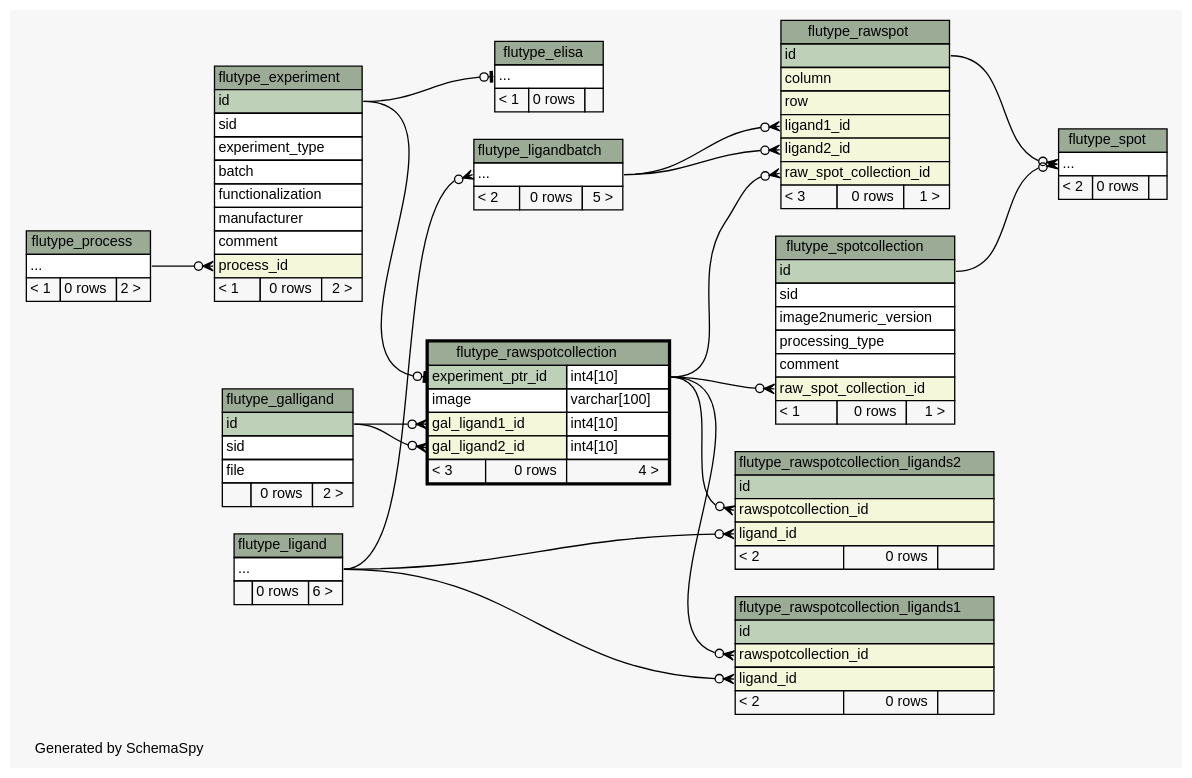
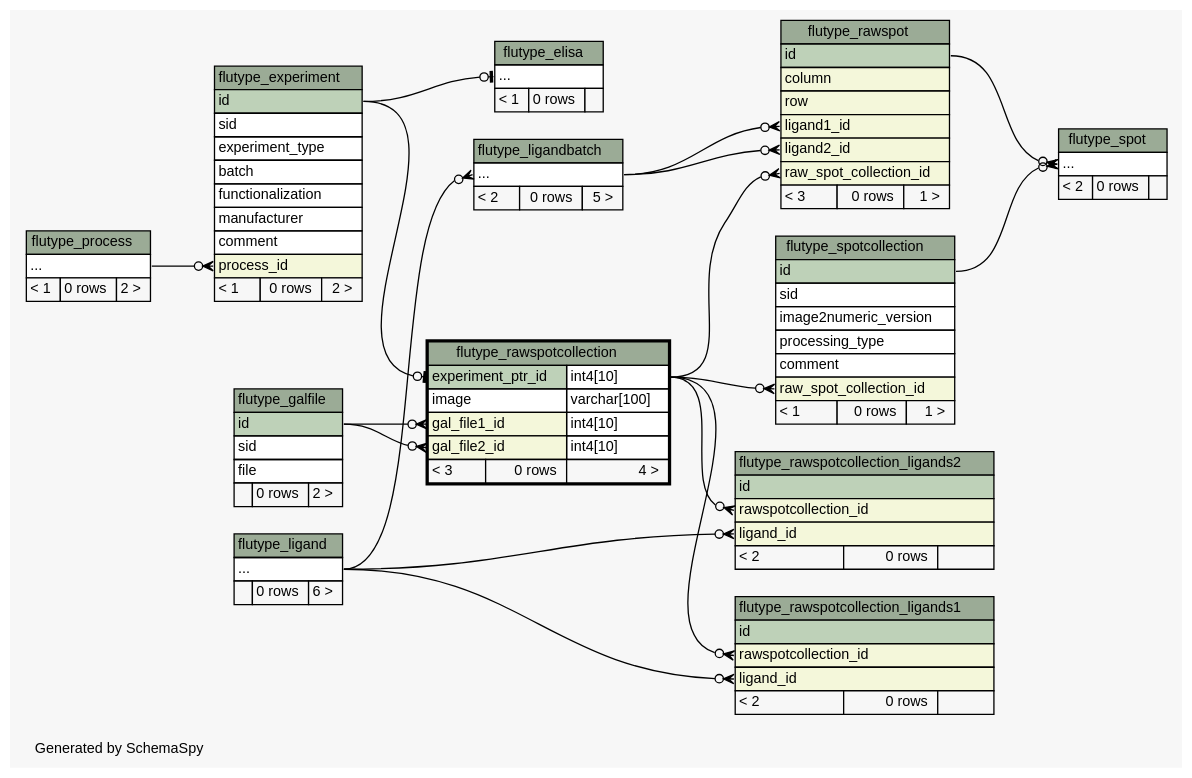
One commit to janekg89/flutype_webapp changed the diagram in docs/schema/diagrams/flutype_rawspotcollection.2degrees.dot. Above: the diagram before and after it, drawn with Graphviz. The commit also changed 127 other files, not shown here.

Commit message:
latest schema generated

```diff
--- a/docs/schema/diagrams/flutype_rawspotcollection.2degrees.dot
+++ b/docs/schema/diagrams/flutype_rawspotcollection.2degrees.dot
@@ -1,184 +1,184 @@
 // dot 2.38.0 on Linux 4.4.0-89-generic
 // SchemaSpy rev 590
 digraph "twoDegreesRelationshipsDiagram" {
   graph [
     rankdir="RL"
     bgcolor="#f7f7f7"
     label="\nGenerated by SchemaSpy"
     labeljust="l"
     nodesep="0.18"
     ranksep="0.46"
     fontname="Helvetica"
     fontsize="11"
   ];
   node [
     fontname="Helvetica"
     fontsize="11"
     shape="plaintext"
   ];
   edge [
     arrowsize="0.8"
   ];
   "flutype_elisa":"elipses":w -> "flutype_experiment":"id":e [arrowhead=none dir=back arrowtail=teeodot];
   "flutype_experiment":"process_id":w -> "flutype_process":"elipses":e [arrowhead=none dir=back arrowtail=crowodot];
   "flutype_ligandbatch":"elipses":w -> "flutype_ligand":"elipses":e [arrowhead=none dir=back arrowtail=crowodot];
   "flutype_rawspot":"ligand1_id":w -> "flutype_ligandbatch":"elipses":e [arrowhead=none dir=back arrowtail=crowodot];
   "flutype_rawspot":"ligand2_id":w -> "flutype_ligandbatch":"elipses":e [arrowhead=none dir=back arrowtail=crowodot];
   "flutype_rawspot":"raw_spot_collection_id":w -> "flutype_rawspotcollection":"experiment_ptr_id.type":e [arrowhead=none dir=back arrowtail=crowodot];
   "flutype_rawspotcollection":"experiment_ptr_id":w -> "flutype_experiment":"id":e [arrowhead=none dir=back arrowtail=teeodot];
-  "flutype_rawspotcollection":"gal_ligand1_id":w -> "flutype_galligand":"id":e [arrowhead=none dir=back arrowtail=crowodot];
-  "flutype_rawspotcollection":"gal_ligand2_id":w -> "flutype_galligand":"id":e [arrowhead=none dir=back arrowtail=crowodot];
+  "flutype_rawspotcollection":"gal_file1_id":w -> "flutype_galfile":"id":e [arrowhead=none dir=back arrowtail=crowodot];
+  "flutype_rawspotcollection":"gal_file2_id":w -> "flutype_galfile":"id":e [arrowhead=none dir=back arrowtail=crowodot];
   "flutype_rawspotcollection_ligands1":"ligand_id":w -> "flutype_ligand":"elipses":e [arrowhead=none dir=back arrowtail=crowodot];
   "flutype_rawspotcollection_ligands1":"rawspotcollection_id":w -> "flutype_rawspotcollection":"experiment_ptr_id.type":e [arrowhead=none dir=back arrowtail=crowodot];
   "flutype_rawspotcollection_ligands2":"ligand_id":w -> "flutype_ligand":"elipses":e [arrowhead=none dir=back arrowtail=crowodot];
   "flutype_rawspotcollection_ligands2":"rawspotcollection_id":w -> "flutype_rawspotcollection":"experiment_ptr_id.type":e [arrowhead=none dir=back arrowtail=crowodot];
   "flutype_spot":"elipses":w -> "flutype_rawspot":"id":e [arrowhead=none dir=back arrowtail=crowodot];
   "flutype_spot":"elipses":w -> "flutype_spotcollection":"id":e [arrowhead=none dir=back arrowtail=crowodot];
   "flutype_spotcollection":"raw_spot_collection_id":w -> "flutype_rawspotcollection":"experiment_ptr_id.type":e [arrowhead=none dir=back arrowtail=crowodot];
   "flutype_elisa" [
     label=<
     <TABLE BORDER="0" CELLBORDER="1" CELLSPACING="0" BGCOLOR="#ffffff">
       <TR><TD COLSPAN="3" BGCOLOR="#9bab96" ALIGN="CENTER">flutype_elisa</TD></TR>
       <TR><TD PORT="elipses" COLSPAN="3" ALIGN="LEFT">...</TD></TR>
       <TR><TD ALIGN="LEFT" BGCOLOR="#f7f7f7">&lt; 1</TD><TD ALIGN="RIGHT" BGCOLOR="#f7f7f7">0 rows</TD><TD ALIGN="RIGHT" BGCOLOR="#f7f7f7">  </TD></TR>
     </TABLE>>
     URL="flutype_elisa.html"
     tooltip="flutype_elisa"
   ];
   "flutype_experiment" [
     label=<
     <TABLE BORDER="0" CELLBORDER="1" CELLSPACING="0" BGCOLOR="#ffffff">
       <TR><TD COLSPAN="3" BGCOLOR="#9bab96" ALIGN="CENTER">flutype_experiment</TD></TR>
       <TR><TD PORT="id" COLSPAN="3" BGCOLOR="#bed1b8" ALIGN="LEFT">id</TD></TR>
       <TR><TD PORT="sid" COLSPAN="3" ALIGN="LEFT">sid</TD></TR>
       <TR><TD PORT="experiment_type" COLSPAN="3" ALIGN="LEFT">experiment_type</TD></TR>
       <TR><TD PORT="batch" COLSPAN="3" ALIGN="LEFT">batch</TD></TR>
       <TR><TD PORT="functionalization" COLSPAN="3" ALIGN="LEFT">functionalization</TD></TR>
       <TR><TD PORT="manufacturer" COLSPAN="3" ALIGN="LEFT">manufacturer</TD></TR>
       <TR><TD PORT="comment" COLSPAN="3" ALIGN="LEFT">comment</TD></TR>
       <TR><TD PORT="process_id" COLSPAN="3" BGCOLOR="#f4f7da" ALIGN="LEFT">process_id</TD></TR>
       <TR><TD ALIGN="LEFT" BGCOLOR="#f7f7f7">&lt; 1</TD><TD ALIGN="RIGHT" BGCOLOR="#f7f7f7">0 rows</TD><TD ALIGN="RIGHT" BGCOLOR="#f7f7f7">2 &gt;</TD></TR>
     </TABLE>>
     URL="flutype_experiment.html"
     tooltip="flutype_experiment"
   ];
-  "flutype_galligand" [
+  "flutype_galfile" [
     label=<
     <TABLE BORDER="0" CELLBORDER="1" CELLSPACING="0" BGCOLOR="#ffffff">
-      <TR><TD COLSPAN="3" BGCOLOR="#9bab96" ALIGN="CENTER">flutype_galligand</TD></TR>
+      <TR><TD COLSPAN="3" BGCOLOR="#9bab96" ALIGN="CENTER">flutype_galfile</TD></TR>
       <TR><TD PORT="id" COLSPAN="3" BGCOLOR="#bed1b8" ALIGN="LEFT">id</TD></TR>
       <TR><TD PORT="sid" COLSPAN="3" ALIGN="LEFT">sid</TD></TR>
       <TR><TD PORT="file" COLSPAN="3" ALIGN="LEFT">file</TD></TR>
       <TR><TD ALIGN="LEFT" BGCOLOR="#f7f7f7">  </TD><TD ALIGN="RIGHT" BGCOLOR="#f7f7f7">0 rows</TD><TD ALIGN="RIGHT" BGCOLOR="#f7f7f7">2 &gt;</TD></TR>
     </TABLE>>
-    URL="flutype_galligand.html"
-    tooltip="flutype_galligand"
+    URL="flutype_galfile.html"
+    tooltip="flutype_galfile"
   ];
   "flutype_ligand" [
     label=<
     <TABLE BORDER="0" CELLBORDER="1" CELLSPACING="0" BGCOLOR="#ffffff">
       <TR><TD COLSPAN="3" BGCOLOR="#9bab96" ALIGN="CENTER">flutype_ligand</TD></TR>
       <TR><TD PORT="elipses" COLSPAN="3" ALIGN="LEFT">...</TD></TR>
       <TR><TD ALIGN="LEFT" BGCOLOR="#f7f7f7">  </TD><TD ALIGN="RIGHT" BGCOLOR="#f7f7f7">0 rows</TD><TD ALIGN="RIGHT" BGCOLOR="#f7f7f7">6 &gt;</TD></TR>
     </TABLE>>
     URL="flutype_ligand.html"
     tooltip="flutype_ligand"
   ];
   "flutype_ligandbatch" [
     label=<
     <TABLE BORDER="0" CELLBORDER="1" CELLSPACING="0" BGCOLOR="#ffffff">
       <TR><TD COLSPAN="3" BGCOLOR="#9bab96" ALIGN="CENTER">flutype_ligandbatch</TD></TR>
       <TR><TD PORT="elipses" COLSPAN="3" ALIGN="LEFT">...</TD></TR>
       <TR><TD ALIGN="LEFT" BGCOLOR="#f7f7f7">&lt; 2</TD><TD ALIGN="RIGHT" BGCOLOR="#f7f7f7">0 rows</TD><TD ALIGN="RIGHT" BGCOLOR="#f7f7f7">5 &gt;</TD></TR>
     </TABLE>>
     URL="flutype_ligandbatch.html"
     tooltip="flutype_ligandbatch"
   ];
   "flutype_process" [
     label=<
     <TABLE BORDER="0" CELLBORDER="1" CELLSPACING="0" BGCOLOR="#ffffff">
       <TR><TD COLSPAN="3" BGCOLOR="#9bab96" ALIGN="CENTER">flutype_process</TD></TR>
       <TR><TD PORT="elipses" COLSPAN="3" ALIGN="LEFT">...</TD></TR>
       <TR><TD ALIGN="LEFT" BGCOLOR="#f7f7f7">&lt; 1</TD><TD ALIGN="RIGHT" BGCOLOR="#f7f7f7">0 rows</TD><TD ALIGN="RIGHT" BGCOLOR="#f7f7f7">2 &gt;</TD></TR>
     </TABLE>>
     URL="flutype_process.html"
     tooltip="flutype_process"
   ];
   "flutype_rawspot" [
     label=<
     <TABLE BORDER="0" CELLBORDER="1" CELLSPACING="0" BGCOLOR="#ffffff">
       <TR><TD COLSPAN="3" BGCOLOR="#9bab96" ALIGN="CENTER">flutype_rawspot</TD></TR>
       <TR><TD PORT="id" COLSPAN="3" BGCOLOR="#bed1b8" ALIGN="LEFT">id</TD></TR>
       <TR><TD PORT="column" COLSPAN="3" BGCOLOR="#f4f7da" ALIGN="LEFT">column</TD></TR>
       <TR><TD PORT="row" COLSPAN="3" BGCOLOR="#f4f7da" ALIGN="LEFT">row</TD></TR>
       <TR><TD PORT="ligand1_id" COLSPAN="3" BGCOLOR="#f4f7da" ALIGN="LEFT">ligand1_id</TD></TR>
       <TR><TD PORT="ligand2_id" COLSPAN="3" BGCOLOR="#f4f7da" ALIGN="LEFT">ligand2_id</TD></TR>
       <TR><TD PORT="raw_spot_collection_id" COLSPAN="3" BGCOLOR="#f4f7da" ALIGN="LEFT">raw_spot_collection_id</TD></TR>
       <TR><TD ALIGN="LEFT" BGCOLOR="#f7f7f7">&lt; 3</TD><TD ALIGN="RIGHT" BGCOLOR="#f7f7f7">0 rows</TD><TD ALIGN="RIGHT" BGCOLOR="#f7f7f7">1 &gt;</TD></TR>
     </TABLE>>
     URL="flutype_rawspot.html"
     tooltip="flutype_rawspot"
   ];
   "flutype_rawspotcollection" [
     label=<
     <TABLE BORDER="2" CELLBORDER="1" CELLSPACING="0" BGCOLOR="#ffffff">
       <TR><TD COLSPAN="3" BGCOLOR="#9bab96" ALIGN="CENTER">flutype_rawspotcollection</TD></TR>
       <TR><TD PORT="experiment_ptr_id" COLSPAN="2" BGCOLOR="#bed1b8" ALIGN="LEFT">experiment_ptr_id</TD><TD PORT="experiment_ptr_id.type" ALIGN="LEFT">int4[10]</TD></TR>
       <TR><TD PORT="image" COLSPAN="2" ALIGN="LEFT">image</TD><TD PORT="image.type" ALIGN="LEFT">varchar[100]</TD></TR>
-      <TR><TD PORT="gal_ligand1_id" COLSPAN="2" BGCOLOR="#f4f7da" ALIGN="LEFT">gal_ligand1_id</TD><TD PORT="gal_ligand1_id.type" ALIGN="LEFT">int4[10]</TD></TR>
-      <TR><TD PORT="gal_ligand2_id" COLSPAN="2" BGCOLOR="#f4f7da" ALIGN="LEFT">gal_ligand2_id</TD><TD PORT="gal_ligand2_id.type" ALIGN="LEFT">int4[10]</TD></TR>
+      <TR><TD PORT="gal_file1_id" COLSPAN="2" BGCOLOR="#f4f7da" ALIGN="LEFT">gal_file1_id</TD><TD PORT="gal_file1_id.type" ALIGN="LEFT">int4[10]</TD></TR>
+      <TR><TD PORT="gal_file2_id" COLSPAN="2" BGCOLOR="#f4f7da" ALIGN="LEFT">gal_file2_id</TD><TD PORT="gal_file2_id.type" ALIGN="LEFT">int4[10]</TD></TR>
       <TR><TD ALIGN="LEFT" BGCOLOR="#f7f7f7">&lt; 3</TD><TD ALIGN="RIGHT" BGCOLOR="#f7f7f7">0 rows</TD><TD ALIGN="RIGHT" BGCOLOR="#f7f7f7">4 &gt;</TD></TR>
     </TABLE>>
     URL="flutype_rawspotcollection.html"
     tooltip="flutype_rawspotcollection"
   ];
   "flutype_rawspotcollection_ligands1" [
     label=<
     <TABLE BORDER="0" CELLBORDER="1" CELLSPACING="0" BGCOLOR="#ffffff">
       <TR><TD COLSPAN="3" BGCOLOR="#9bab96" ALIGN="CENTER">flutype_rawspotcollection_ligands1</TD></TR>
       <TR><TD PORT="id" COLSPAN="3" BGCOLOR="#bed1b8" ALIGN="LEFT">id</TD></TR>
       <TR><TD PORT="rawspotcollection_id" COLSPAN="3" BGCOLOR="#f4f7da" ALIGN="LEFT">rawspotcollection_id</TD></TR>
       <TR><TD PORT="ligand_id" COLSPAN="3" BGCOLOR="#f4f7da" ALIGN="LEFT">ligand_id</TD></TR>
       <TR><TD ALIGN="LEFT" BGCOLOR="#f7f7f7">&lt; 2</TD><TD ALIGN="RIGHT" BGCOLOR="#f7f7f7">0 rows</TD><TD ALIGN="RIGHT" BGCOLOR="#f7f7f7">  </TD></TR>
     </TABLE>>
     URL="flutype_rawspotcollection_ligands1.html"
     tooltip="flutype_rawspotcollection_ligands1"
   ];
   "flutype_rawspotcollection_ligands2" [
     label=<
     <TABLE BORDER="0" CELLBORDER="1" CELLSPACING="0" BGCOLOR="#ffffff">
       <TR><TD COLSPAN="3" BGCOLOR="#9bab96" ALIGN="CENTER">flutype_rawspotcollection_ligands2</TD></TR>
       <TR><TD PORT="id" COLSPAN="3" BGCOLOR="#bed1b8" ALIGN="LEFT">id</TD></TR>
       <TR><TD PORT="rawspotcollection_id" COLSPAN="3" BGCOLOR="#f4f7da" ALIGN="LEFT">rawspotcollection_id</TD></TR>
       <TR><TD PORT="ligand_id" COLSPAN="3" BGCOLOR="#f4f7da" ALIGN="LEFT">ligand_id</TD></TR>
       <TR><TD ALIGN="LEFT" BGCOLOR="#f7f7f7">&lt; 2</TD><TD ALIGN="RIGHT" BGCOLOR="#f7f7f7">0 rows</TD><TD ALIGN="RIGHT" BGCOLOR="#f7f7f7">  </TD></TR>
     </TABLE>>
     URL="flutype_rawspotcollection_ligands2.html"
     tooltip="flutype_rawspotcollection_ligands2"
   ];
   "flutype_spot" [
     label=<
     <TABLE BORDER="0" CELLBORDER="1" CELLSPACING="0" BGCOLOR="#ffffff">
       <TR><TD COLSPAN="3" BGCOLOR="#9bab96" ALIGN="CENTER">flutype_spot</TD></TR>
       <TR><TD PORT="elipses" COLSPAN="3" ALIGN="LEFT">...</TD></TR>
       <TR><TD ALIGN="LEFT" BGCOLOR="#f7f7f7">&lt; 2</TD><TD ALIGN="RIGHT" BGCOLOR="#f7f7f7">0 rows</TD><TD ALIGN="RIGHT" BGCOLOR="#f7f7f7">  </TD></TR>
     </TABLE>>
     URL="flutype_spot.html"
     tooltip="flutype_spot"
   ];
   "flutype_spotcollection" [
     label=<
     <TABLE BORDER="0" CELLBORDER="1" CELLSPACING="0" BGCOLOR="#ffffff">
       <TR><TD COLSPAN="3" BGCOLOR="#9bab96" ALIGN="CENTER">flutype_spotcollection</TD></TR>
       <TR><TD PORT="id" COLSPAN="3" BGCOLOR="#bed1b8" ALIGN="LEFT">id</TD></TR>
       <TR><TD PORT="sid" COLSPAN="3" ALIGN="LEFT">sid</TD></TR>
       <TR><TD PORT="image2numeric_version" COLSPAN="3" ALIGN="LEFT">image2numeric_version</TD></TR>
       <TR><TD PORT="processing_type" COLSPAN="3" ALIGN="LEFT">processing_type</TD></TR>
       <TR><TD PORT="comment" COLSPAN="3" ALIGN="LEFT">comment</TD></TR>
       <TR><TD PORT="raw_spot_collection_id" COLSPAN="3" BGCOLOR="#f4f7da" ALIGN="LEFT">raw_spot_collection_id</TD></TR>
       <TR><TD ALIGN="LEFT" BGCOLOR="#f7f7f7">&lt; 1</TD><TD ALIGN="RIGHT" BGCOLOR="#f7f7f7">0 rows</TD><TD ALIGN="RIGHT" BGCOLOR="#f7f7f7">1 &gt;</TD></TR>
     </TABLE>>
     URL="flutype_spotcollection.html"
     tooltip="flutype_spotcollection"
   ];
 }
```
